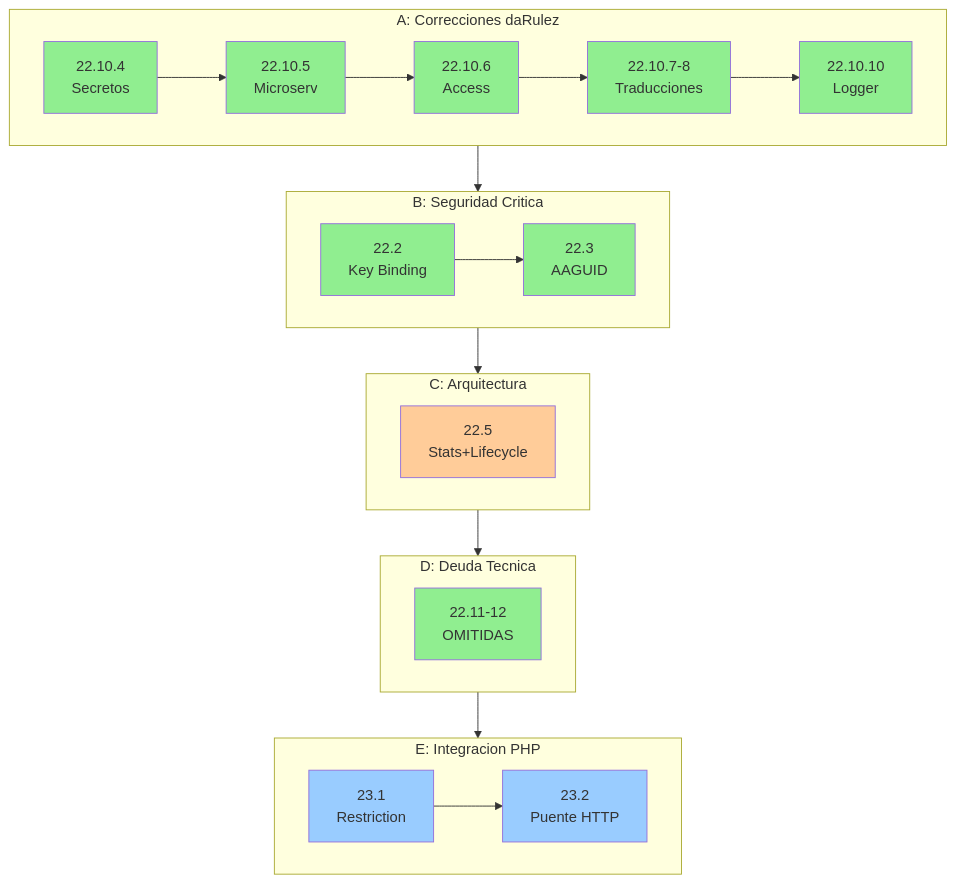
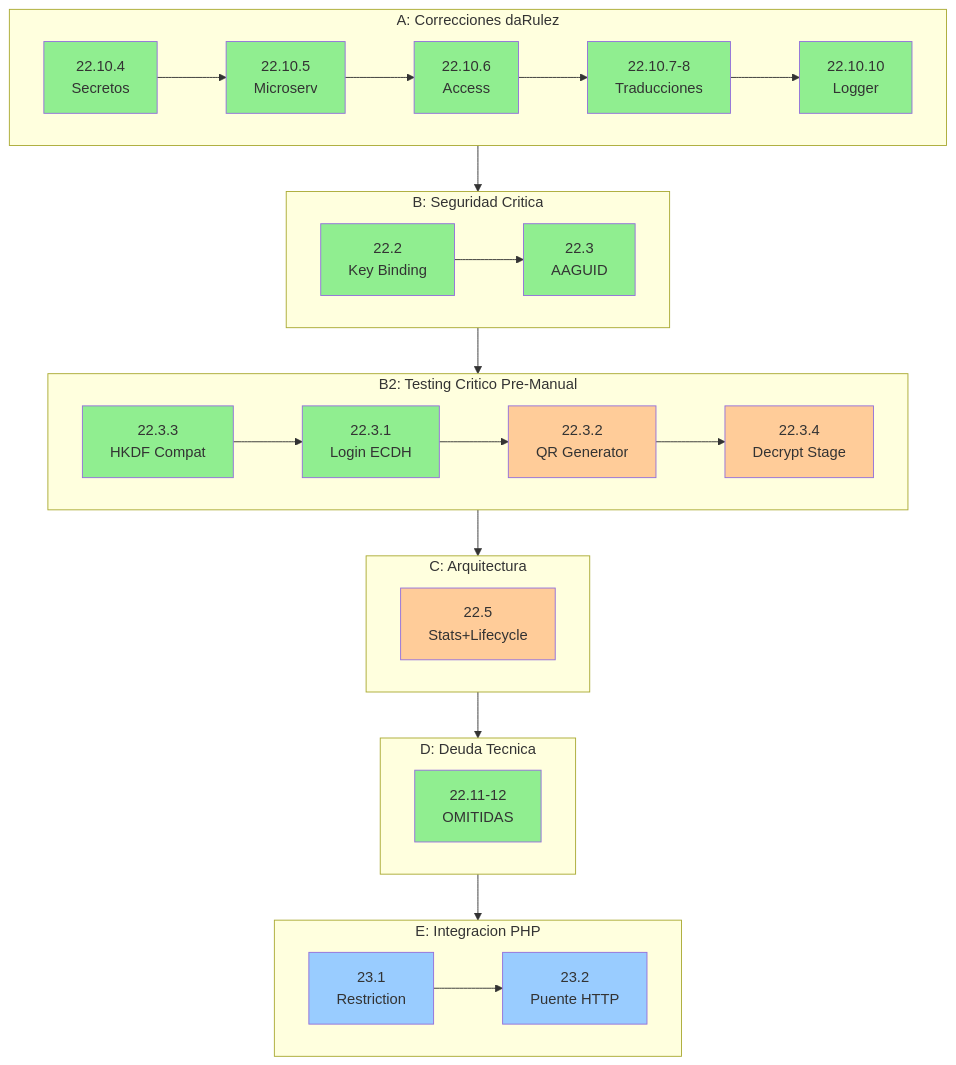
One commit to Ragnarsss/capstone-backend changed the diagram in ROADMAP.md. Above: the diagram before and after it, drawn with Mermaid. The commit also changed other lines of this file, not shown here.

First line of the commit message:
docs: actualizar ROADMAP.md - fase 22.3.1 completada

````diff
--- a/ROADMAP.md
+++ b/ROADMAP.md
@@ -43,53 +44,67 @@
 ```mermaid
 flowchart TB
     subgraph BLOQUE_A[A: Correcciones daRulez]
         direction LR
         A1[22.10.4<br/>Secretos]
         A2[22.10.5<br/>Microserv]
         A3[22.10.6<br/>Access]
         A4[22.10.7-8<br/>Traducciones]
         A5[22.10.10<br/>Logger]
         A1 --> A2 --> A3 --> A4 --> A5
     end
 
     subgraph BLOQUE_B[B: Seguridad Critica]
         direction LR
         B1[22.2<br/>Key Binding]
         B2[22.3<br/>AAGUID]
         B1 --> B2
+    end
+
+    subgraph BLOQUE_B2[B2: Testing Critico Pre-Manual]
+        direction LR
+        T1[22.3.3<br/>HKDF Compat]
+        T2[22.3.1<br/>Login ECDH]
+        T3[22.3.2<br/>QR Generator]
+        T4[22.3.4<br/>Decrypt Stage]
+        T1 --> T2 --> T3 --> T4
     end
 
     subgraph BLOQUE_C[C: Arquitectura]
         direction LR
         C1[22.5<br/>Stats+Lifecycle]
     end
 
     subgraph BLOQUE_D[D: Deuda Tecnica]
         direction LR
         D1[22.11-12<br/>OMITIDAS]
     end
 
     subgraph BLOQUE_E[E: Integracion PHP]
         direction LR
         E1[23.1<br/>Restriction]
         E2[23.2<br/>Puente HTTP]
         E1 --> E2
     end
 
     BLOQUE_A --> BLOQUE_B
-    BLOQUE_B --> BLOQUE_C
+    BLOQUE_B --> BLOQUE_B2
+    BLOQUE_B2 --> BLOQUE_C
     BLOQUE_C --> BLOQUE_D
     BLOQUE_D --> BLOQUE_E
 
     style A1 fill:#90EE90
     style A2 fill:#90EE90
     style A3 fill:#90EE90
     style A4 fill:#90EE90
     style A5 fill:#90EE90
     style B1 fill:#90EE90
     style B2 fill:#90EE90
+    style T1 fill:#90EE90
+    style T2 fill:#90EE90
+    style T3 fill:#ffcc99
+    style T4 fill:#ffcc99
     style C1 fill:#ffcc99
     style D1 fill:#90EE90
     style E1 fill:#99ccff
     style E2 fill:#99ccff
 ```
````
